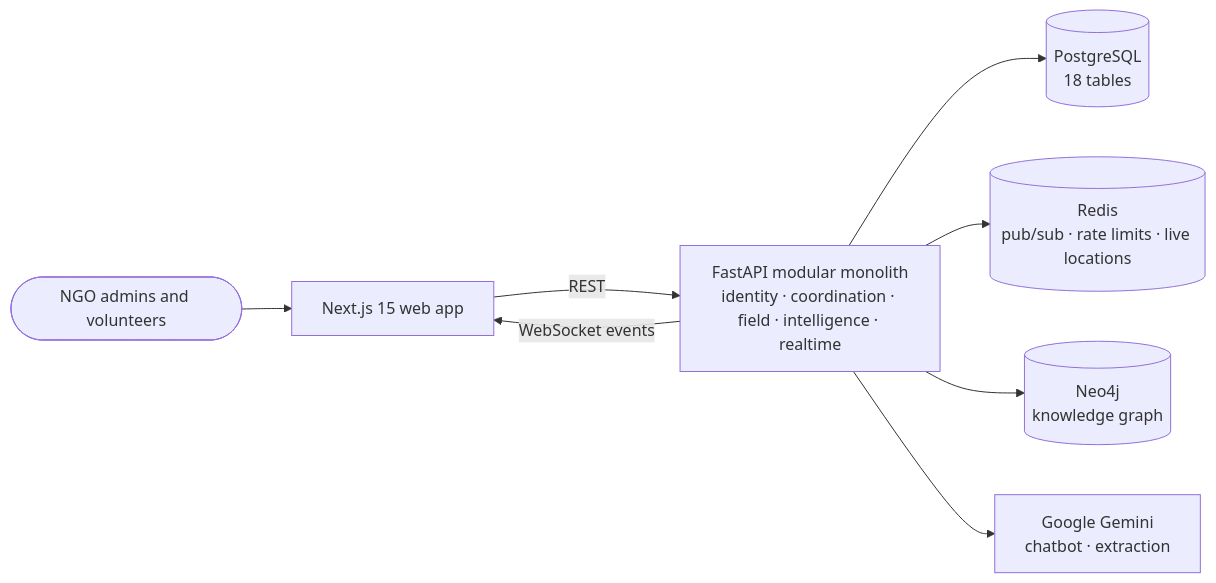
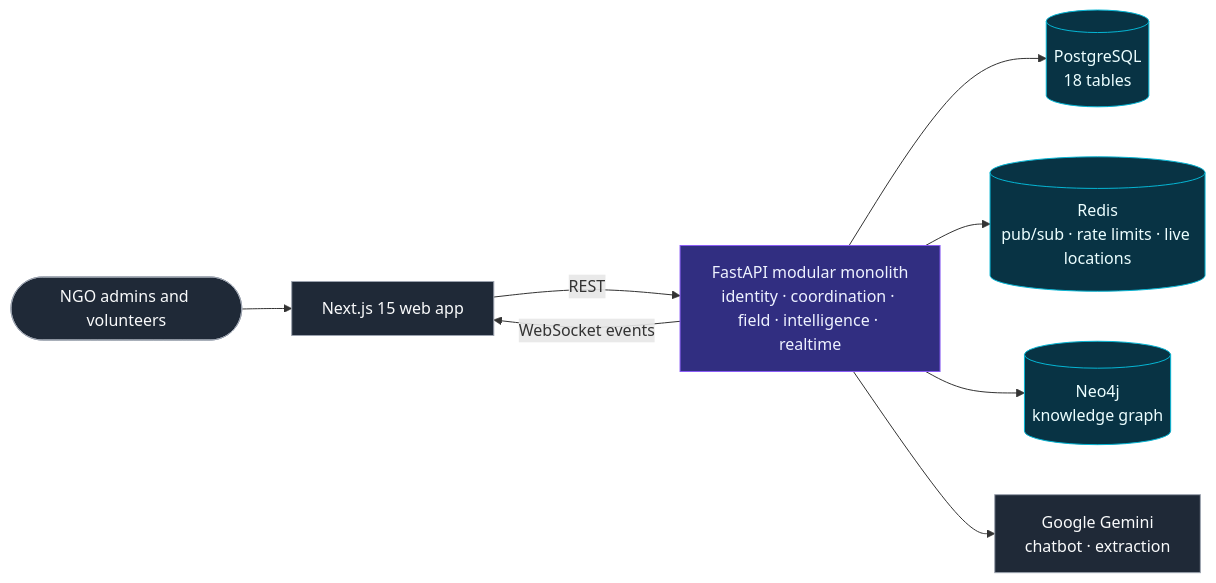
The second of 4 diagrams in README.md (aishwarysrivastava1/aishwarysrivastava1), drawn with Mermaid before and after one commit. The commit also changed other lines of this file, not shown here.

````diff
--- a/README.md
+++ b/README.md
@@ -83,10 +205,16 @@
 ```mermaid
 flowchart LR
     U(["NGO admins and volunteers"]) --> W["Next.js 15 web app"]
     W -->|REST| A["FastAPI modular monolith<br/>identity · coordination · field · intelligence · realtime"]
     A -->|WebSocket events| W
     A --> P[("PostgreSQL<br/>18 tables")]
     A --> R[("Redis<br/>pub/sub · rate limits · live locations")]
     A --> N[("Neo4j<br/>knowledge graph")]
     A --> G["Google Gemini<br/>chatbot · extraction"]
+    classDef core fill:#312e81,stroke:#8b5cf6,color:#eef2ff
+    classDef store fill:#083344,stroke:#06b6d4,color:#ecfeff
+    classDef ext fill:#1f2937,stroke:#9ca3af,color:#f9fafb
+    class A core
+    class P,R,N store
+    class U,W,G ext
 ```
````
